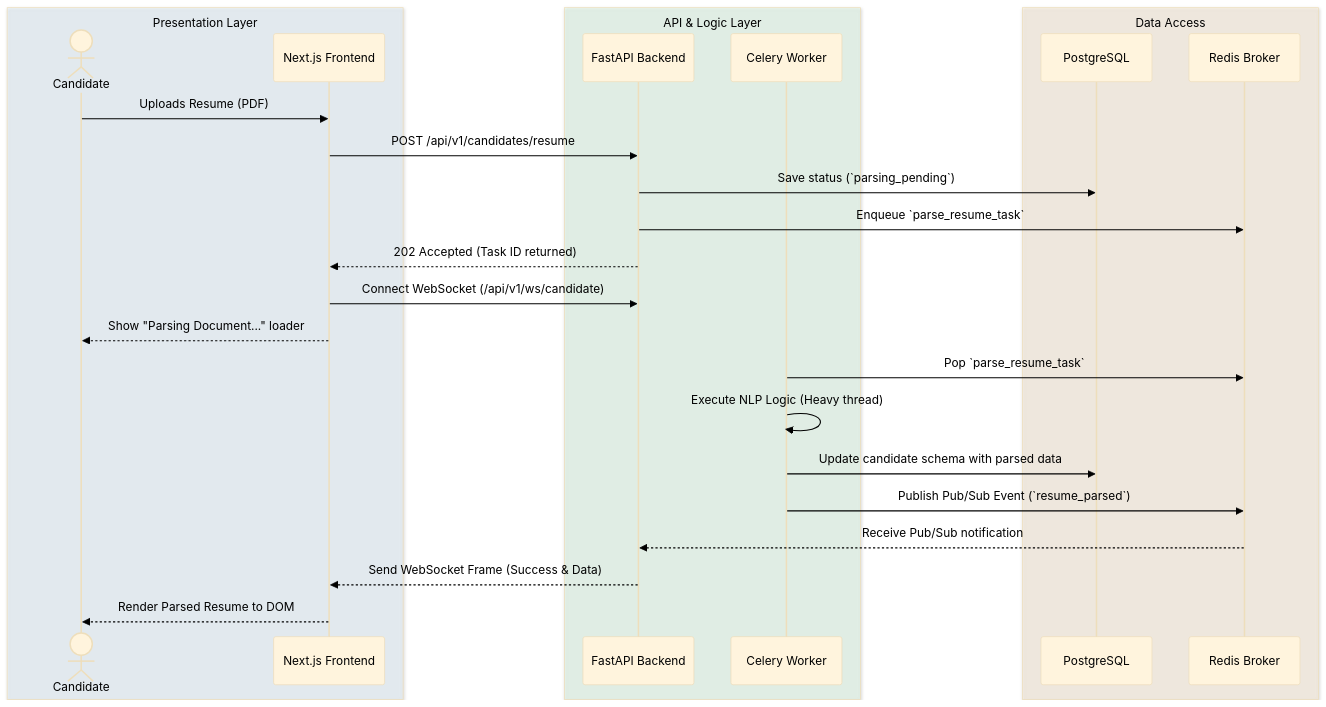
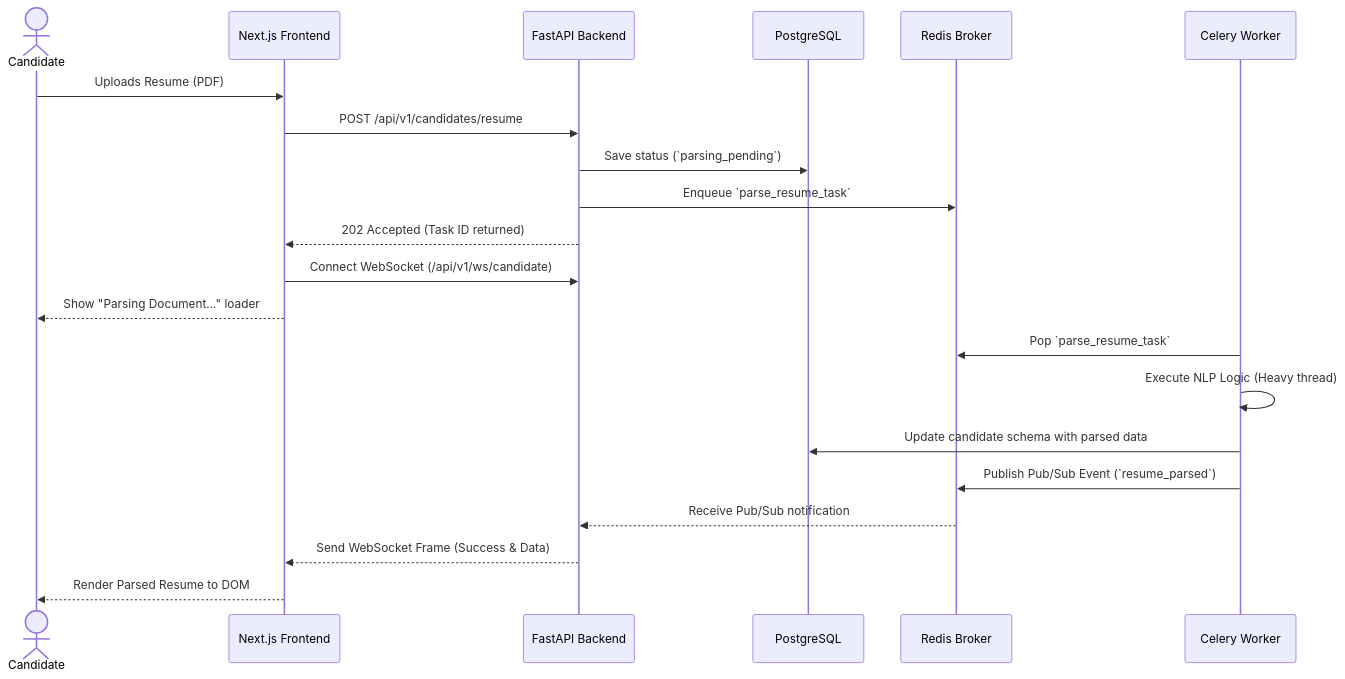
The fourth of 5 diagrams in hireops/ARCHITECTURE.md (itapurba0/interview), drawn with Mermaid before and after one commit. The commit also changed other lines of this file, not shown here.

````diff
--- a/hireops/ARCHITECTURE.md
+++ b/hireops/ARCHITECTURE.md
@@ -193,34 +158,27 @@
 ```mermaid
-%%{init: {'theme': 'base', 'themeVariables': { 'background': '#ffffff', 'primaryTextColor': '#000000', 'textColor': '#000000', 'lineColor': '#000000', 'noteTextColor': '#000000' }}}%%
 sequenceDiagram
-    box rgba(224, 242, 254, 0.4) Presentation Layer
-        actor Candidate
-        participant UI as Next.js Frontend
-    end
-    box rgba(220, 252, 231, 0.4) API & Logic Layer
-        participant API as FastAPI Backend
-        participant Celery as Celery Worker
-    end
-    box rgba(255, 237, 213, 0.4) Data Access
-        participant DB as PostgreSQL
-        participant Redis as Redis Broker
-    end
+    actor Candidate
+    participant UI as Next.js Frontend
+    participant API as FastAPI Backend
+    participant DB as PostgreSQL
+    participant Redis as Redis Broker
+    participant Celery as Celery Worker
 
     Candidate->>UI: Uploads Resume (PDF)
     UI->>API: POST /api/v1/candidates/resume
     API->>DB: Save status (`parsing_pending`)
     API->>Redis: Enqueue `parse_resume_task`
     API-->>UI: 202 Accepted (Task ID returned)
     
     UI->>API: Connect WebSocket (/api/v1/ws/candidate)
     UI-->>Candidate: Show "Parsing Document..." loader
 
     Celery->>Redis: Pop `parse_resume_task`
     Celery->>Celery: Execute NLP Logic (Heavy thread)
     Celery->>DB: Update candidate schema with parsed data
     Celery->>Redis: Publish Pub/Sub Event (`resume_parsed`)
     
     Redis-->>API: Receive Pub/Sub notification
     API-->>UI: Send WebSocket Frame (Success & Data)
     UI-->>Candidate: Render Parsed Resume to DOM
 ```
````
